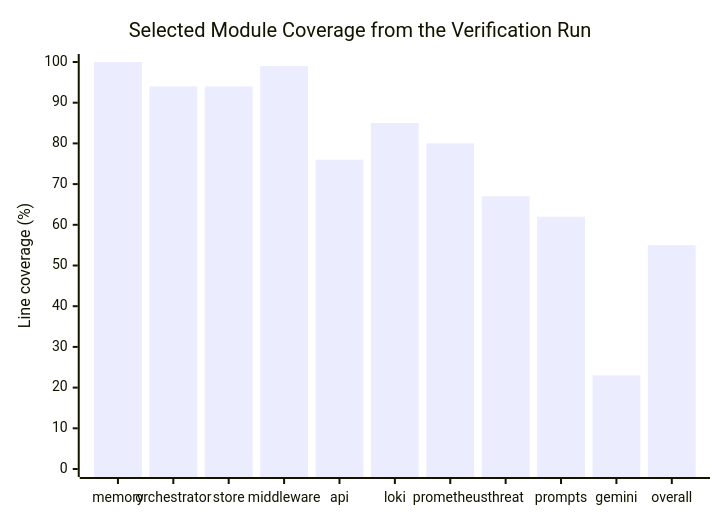
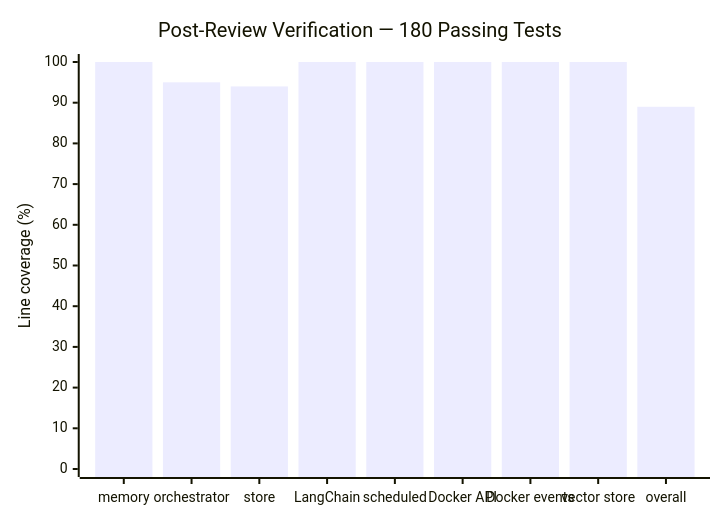
Before and after one commit to sagesta/infraguad_ai: the diagram in docs/masters_project/diagram_sources/figure_5_1_module_coverage.mmd, drawn with Mermaid. The commit also changed 171 other files, not shown here.

```diff
--- a/docs/masters_project/diagram_sources/figure_5_1_module_coverage.mmd
+++ b/docs/masters_project/diagram_sources/figure_5_1_module_coverage.mmd
@@ -1,10 +1,12 @@
 %% Thesis figure: Figure 5.1
 %% Stable ID: FIG-5.1
-%% Caption: Selected Module Coverage from the Verification Run
+%% Caption: Selected-Module Coverage after Post-Review Verification on 29 August 2026
 %% Output PNG: ../figures/fig_5_1_acceptance.png
-%% Values reproduce the verification data reported in Chapter Five.
+%% Measured 29 August 2026: 180 tests passed; 45 warnings; 89% overall line coverage
+%% across 1,655 statements with 190 missed. Six selected modules reached 100%;
+%% store reached 94% and orchestrator reached 95%. Controlled local test evidence only.
 xychart-beta
-  title "Selected Module Coverage from the Verification Run"
-  x-axis ["memory", "orchestrator", "store", "middleware", "api", "loki", "prometheus", "threat", "prompts", "gemini", "overall"]
+  title "Post-Review Verification — 180 Passing Tests"
+  x-axis ["memory", "orchestrator", "store", "LangChain", "scheduled", "Docker API", "Docker events", "vector store", "overall"]
   y-axis "Line coverage (%)" 0 --> 100
-  bar [100, 94, 94, 99, 76, 85, 80, 67, 62, 23, 55]
+  bar [100, 95, 94, 100, 100, 100, 100, 100, 89]
```
